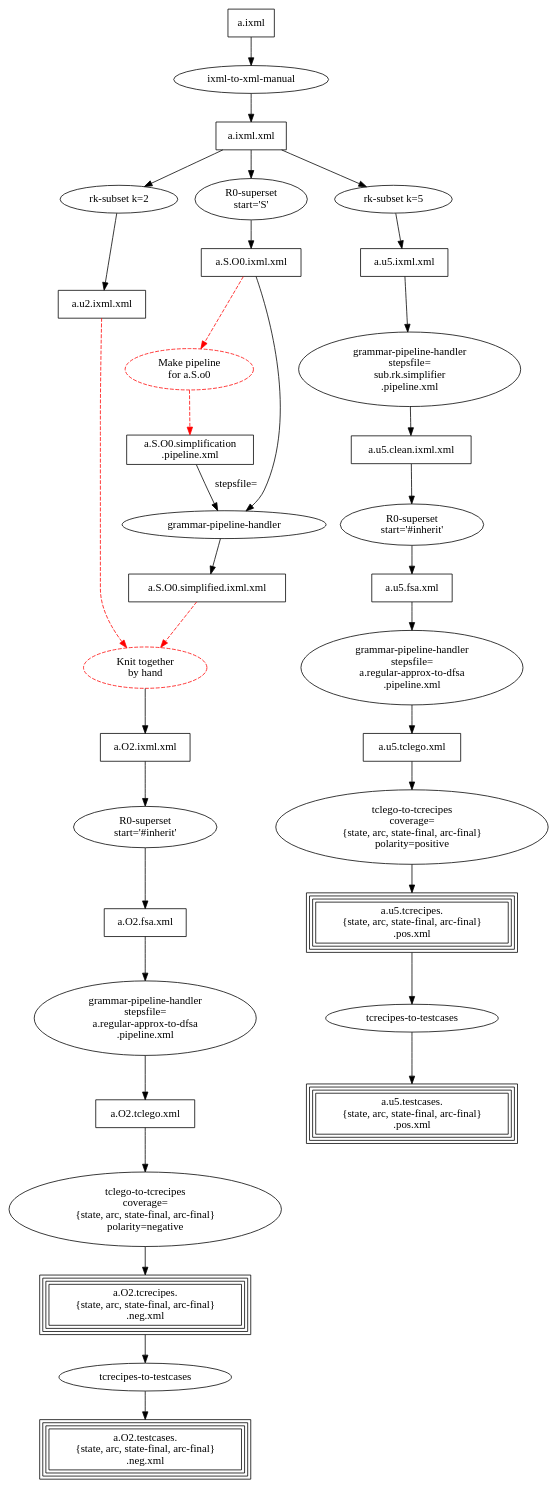
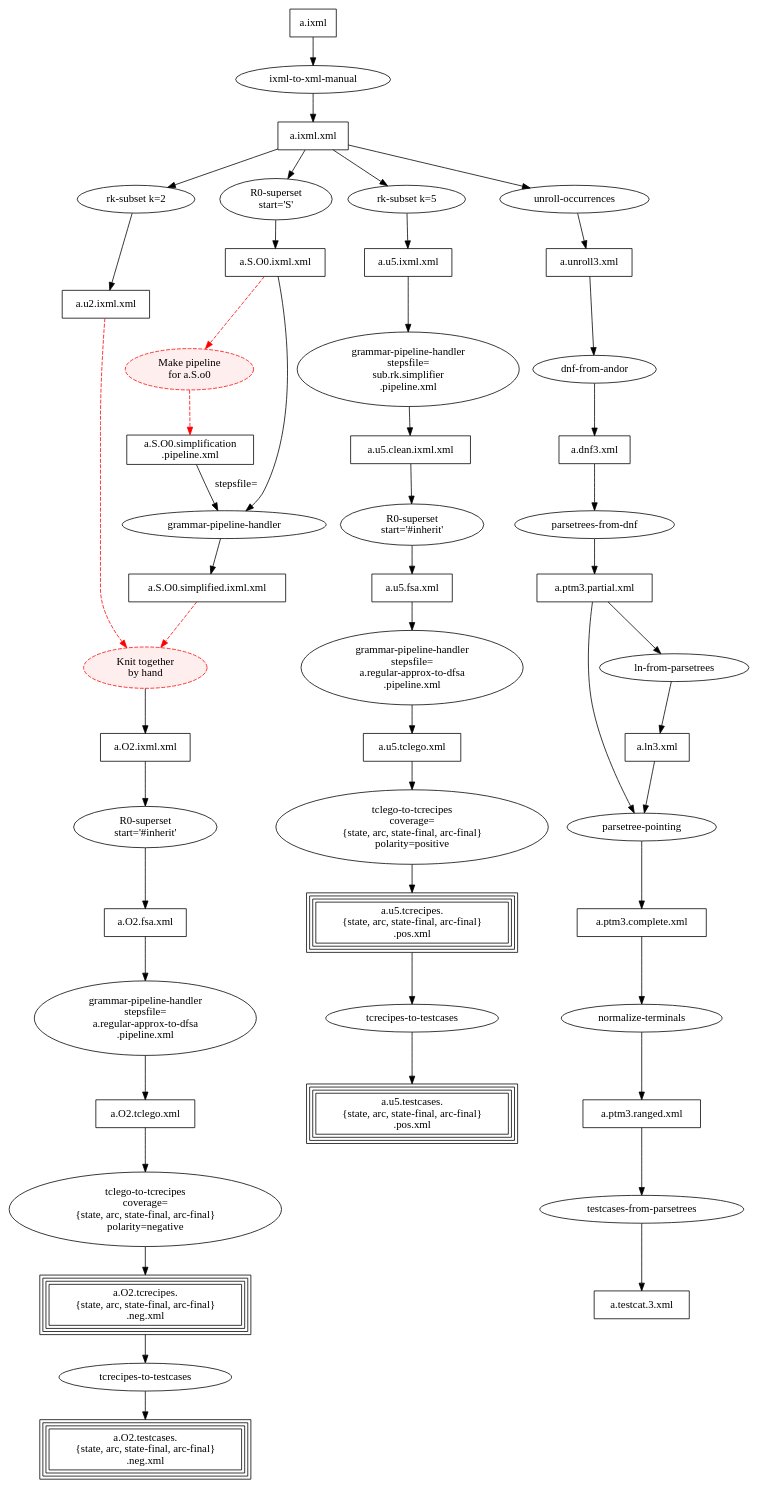
The diagram in images/sample.dataflow.dot (cmsmcq/gingersnap), drawn with Graphviz before and after one commit. The commit also changed 2 other files, not shown here.

```diff
--- a/images/sample.dataflow.dot
+++ b/images/sample.dataflow.dot
@@ -1,127 +1,155 @@
 digraph flow {
 
+  /* Diagram showing data flow in preparation of test cases
+     from a.ixml, via subset and superset construction, and
+     generation of test cases from the FSA.  2021-01-16.
+
+     2021-01-25:  added flow for test cases via unrolling,
+     disjunctive normal form, and tree construction with
+     at-least-once coverage of RHS in the disjunctive normal
+     form.
+  */
   node [shape=box];
   a [label="a.ixml"];
   axml [label="a.ixml.xml"];  
   u5 [label="a.u5.ixml.xml"];  
   u2 [label="a.u2.ixml.xml"];
   u5clean [label="a.u5.clean.ixml.xml"];
   
   so0 [label="a.S.O0.ixml.xml"];  
   so0simpip [label="a.S.O0.simplification\n.pipeline.xml"];
   so0sim [label="a.S.O0.simplified.ixml.xml"];  
 
   ao2 [label="a.O2.ixml.xml"];
 
   au5fsa [label="a.u5.fsa.xml"];
   ao2fsa [label="a.O2.fsa.xml"];
 
   au5lego [label="a.u5.tclego.xml"];
   ao2lego [label="a.O2.tclego.xml"];
 
   au5recpos [label="a.u5.tcrecipes.\n{state, arc, state-final, arc-final}\n.pos.xml", peripheries=4]
   ao2recneg [label="a.O2.tcrecipes.\n{state, arc, state-final, arc-final}\n.neg.xml", peripheries=4]
   
   au5tcpos [label="a.u5.testcases.\n{state, arc, state-final, arc-final}\n.pos.xml", peripheries=4];
   ao2tcneg [label="a.O2.testcases.\n{state, arc, state-final, arc-final}\n.neg.xml", peripheries=4];
   
   /*
   au5recps [label="a.u5.tcrecipes.state.pos.xml"];
   au5recpa [label="a.u5.tcrecipes.arc.pos.xml"];
   au5recpsf [label="a.u5.tcrecipes.state-final.pos.xml"];
   au5recpaf [label="a.u5.tcrecipes.arc-final.pos.xml"];
   ao2rns [label="a.O2.tcrecipes.state.neg.xml"];
   ao2rna [label="a.O2.tcrecipes.arc.neg.xml"];
   ao2rnsf [label="a.O2.tcrecipes.state-final.neg.xml"];
   ao2rnaf [label="a.O2.tcrecipes.arc-final.neg.xml"];
 
   au5tcps [label="a.u5.testcases.state.pos.xml"];
   au5tcpa [label="a.u5.testcases.arc.pos.xml"];
   au5tcpsf [label="a.u5.testcases.state-final.pos.xml"];
   au5tcpaf [label="a.u5.testcases.arc-final.pos.xml"];
   ao2tcns [label="a.O2.testcases.state.neg.xml"];
   ao2tcna [label="a.O2.testcases.arc.neg.xml"];
   ao2tcnsf [label="a.O2.testcases.state-final.neg.xml"];
   ao2tcnaf [label="a.O2.testcases.arc-final.neg.xml"];
   */
 
+  /* positive cases path */
+  unroll3 [label="a.unroll3.xml"];
+  dnf3 [label="a.dnf3.xml"];
+  trees3partial [label="a.ptm3.partial.xml"];
+  ln3 [label="a.ln3.xml"];
+  trees3comp [label="a.ptm3.complete.xml"];
+  trees3ranged [label="a.ptm3.ranged.xml"];
+  testcat [label="a.testcat.3.xml"];
+
   node [shape=oval];
   parseixml [label="ixml-to-xml-manual"];
   rksubset2 [label="rk-subset k=2"];
   rksubset5 [label="rk-subset k=5"];
   r0supersetS [label="R0-superset\nstart='S'"];
   rksimplifier [label="grammar-pipeline-handler\nstepsfile=\nsub.rk.simplifier\n.pipeline.xml"];
   gph [label="grammar-pipeline-handler"];
 
   r0supersetfsa2 [label="R0-superset\nstart='#inherit'"];
   r0supersetfsa5 [label="R0-superset\nstart='#inherit'"];
 
   mklego2 [label="grammar-pipeline-handler\nstepsfile=\na.regular-approx-to-dfsa\n.pipeline.xml"];
   mklego5 [label="grammar-pipeline-handler\nstepsfile=\na.regular-approx-to-dfsa\n.pipeline.xml"];
 
 
   mkrecipepos [label="tclego-to-tcrecipes\ncoverage=\n{state, arc, state-final, arc-final}\npolarity=positive"];
   mkrecipeneg [label="tclego-to-tcrecipes\ncoverage=\n{state, arc, state-final, arc-final}\npolarity=negative"];
   /*
   mkrecipeps  [label="tclego-to-tcrecipes\ncoverage=state\npolarity=positive"];
   mkrecipepa  [label="tclego-to-tcrecipes\ncoverage=arc\npolarity=positive"];
   mkrecipepsf [label="tclego-to-tcrecipes\ncoverage=state-final\npolarity=positive"];
   mkrecipepaf [label="tclego-to-tcrecipes\ncoverage=arc-final\npolarity=positive"];
 
   mkrecipens  [label="tclego-to-tcrecipes\ncoverage=state\npolarity=negative"];
   mkrecipena  [label="tclego-to-tcrecipes\ncoverage=arc\npolarity=negative"];
   mkrecipensf [label="tclego-to-tcrecipes\ncoverage=state-final\npolarity=negative"];
   mkrecipenaf [label="tclego-to-tcrecipes\ncoverage=arc-final\npolarity=negative"];
   */
 
   recipetcpos [label="tcrecipes-to-testcases"];
   recipetcneg [label="tcrecipes-to-testcases"];
 
   /*
   recipetc1 [label="tcrecipes-to-testcases"];
   recipetc2 [label="tcrecipes-to-testcases"];
   recipetc3 [label="tcrecipes-to-testcases"];
   recipetc4 [label="tcrecipes-to-testcases"];
   recipetc5 [label="tcrecipes-to-testcases"];
   recipetc6 [label="tcrecipes-to-testcases"];
   recipetc7 [label="tcrecipes-to-testcases"];
   recipetc8 [label="tcrecipes-to-testcases"];
   */
+
+  /* positive path */
+  unroll [label="unroll-occurrences"];
+  mkdnf [label="dnf-from-andor"];
+  mkptm [label="parsetrees-from-dnf"];
+  mkln [label="ln-from-parsetrees"];
+  fixptm [label="parsetree-pointing"];
+  normterm [label="normalize-terminals"];
+  mkcat [label="testcases-from-parsetrees"];
   
   /* Hand work */
-  node [shape=oval, style=dashed, color=red];  
+  node [shape=oval; style="dashed,filled"; color=red; fillcolor="#FFEEEE"];  
   handknit [label="Knit together\nby hand"];
   makepipe [label="Make pipeline\nfor a.S.o0"];
 
   /* Now draw the arcs */
   a -> parseixml -> axml;
   axml -> rksubset2 -> u2;
   axml -> rksubset5 -> u5 -> rksimplifier -> u5clean -> r0supersetfsa5 -> au5fsa -> mklego5 -> au5lego;
   axml -> r0supersetS -> so0;
   so0 -> makepipe -> so0simpip [style=dashed, color=red];
   so0simpip -> gph [label="stepsfile="];
   so0 -> gph -> so0sim;
 
   { u2 so0sim } -> handknit [style=dashed, color=red];
   handknit -> ao2 -> r0supersetfsa2 -> ao2fsa -> mklego2 -> ao2lego;
 
   au5lego -> mkrecipepos -> au5recpos -> recipetcpos -> au5tcpos;
   ao2lego -> mkrecipeneg -> ao2recneg -> recipetcneg -> ao2tcneg;
 
   /*
   au5lego -> mkrecipepos -> au5recpos -> recipetcpos -> { au5tcps au5tcpa au5tcpsf au5tcpaf };
   ao2lego -> mkrecipeneg -> ao2recneg -> recipetcneg -> { ao2tcns ao2tcna ao2tcnsf ao2tcnaf };
   
   au5lego -> mkrecipeps -> au5recps -> recipetc1 -> au5tcps;
   au5lego -> mkrecipepa -> au5recpa -> recipetc2 -> au5tcpa;
   au5lego -> mkrecipepsf -> au5recpsf -> recipetc3 -> au5tcpsf;
   au5lego -> mkrecipepaf -> au5recpaf -> recipetc4 -> au5tcpaf;
   
   ao2lego -> mkrecipens -> ao2rns -> recipetc5 -> ao2tcns;
   ao2lego -> mkrecipena -> ao2rna -> recipetc6 -> ao2tcna;
   ao2lego -> mkrecipensf -> ao2rnsf -> recipetc7 -> ao2tcnsf;
   ao2lego -> mkrecipenaf -> ao2rnaf -> recipetc8 -> ao2tcnaf;
   */
 
-  
+  axml -> unroll -> unroll3 -> mkdnf -> dnf3 -> mkptm -> trees3partial -> mkln -> ln3 -> fixptm;
+  trees3partial -> fixptm -> trees3comp -> normterm -> trees3ranged -> mkcat -> testcat;
 }
```
